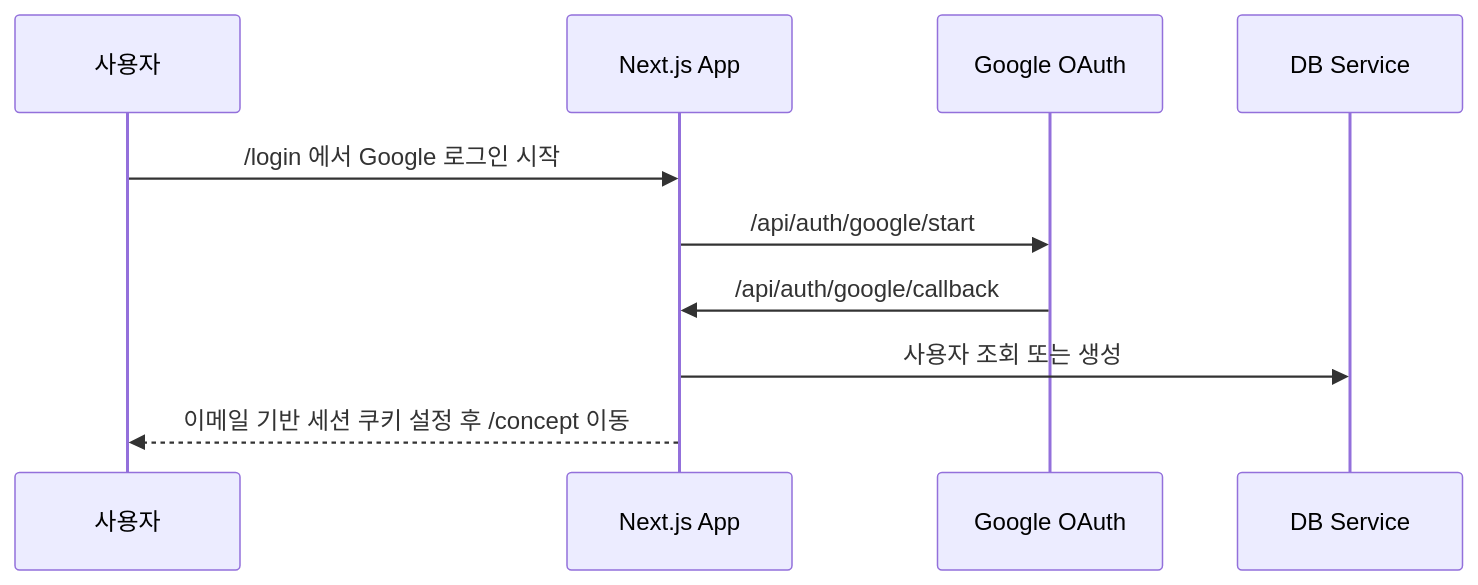
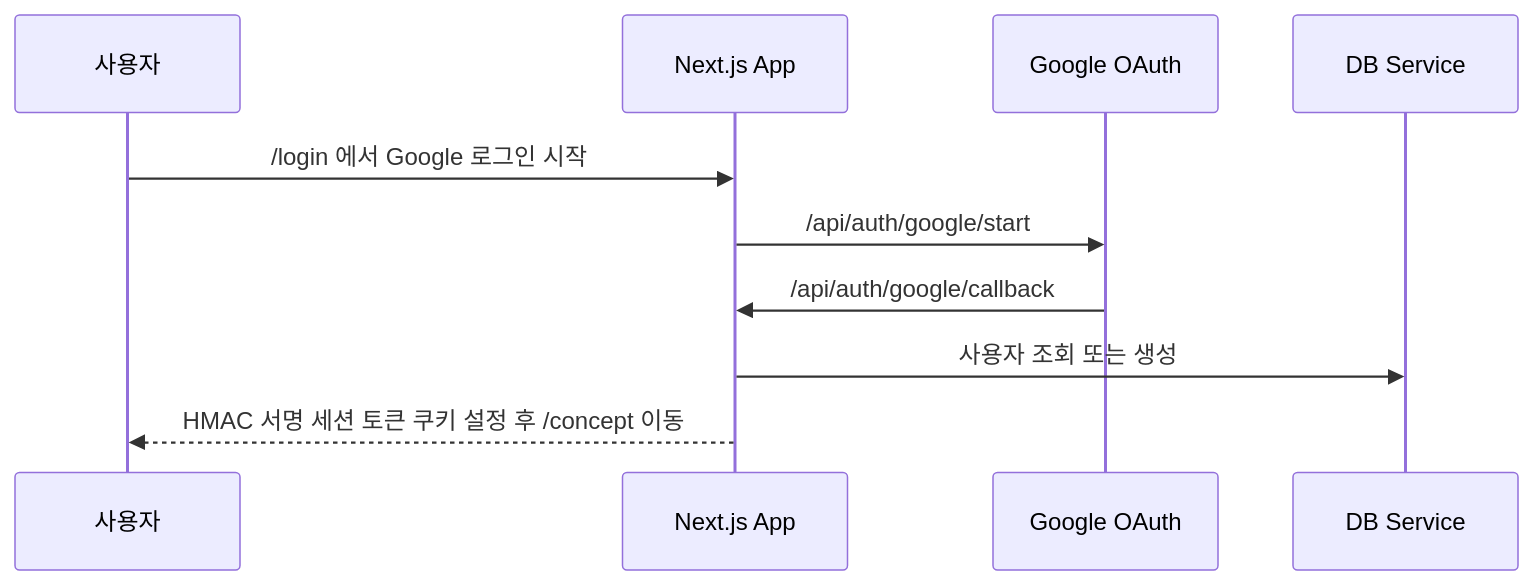
Before and after one commit to MCuffs/snsagent: the second of 7 diagrams in SYSTEM_ARCHITECTURE.md, drawn with Mermaid. The commit also changed other lines of this file and 38 other files, not shown here.

Commit message:
feat: secure core flows and align pricing experience

````diff
--- a/SYSTEM_ARCHITECTURE.md
+++ b/SYSTEM_ARCHITECTURE.md
@@ -48,13 +51,13 @@
 ```mermaid
 sequenceDiagram
     participant U as 사용자
     participant A as Next.js App
     participant G as Google OAuth
     participant D as DB Service
 
     U->>A: /login 에서 Google 로그인 시작
     A->>G: /api/auth/google/start
     G->>A: /api/auth/google/callback
     A->>D: 사용자 조회 또는 생성
-    A-->>U: 이메일 기반 세션 쿠키 설정 후 /concept 이동
+    A-->>U: HMAC 서명 세션 토큰 쿠키 설정 후 /concept 이동
 ```
````
